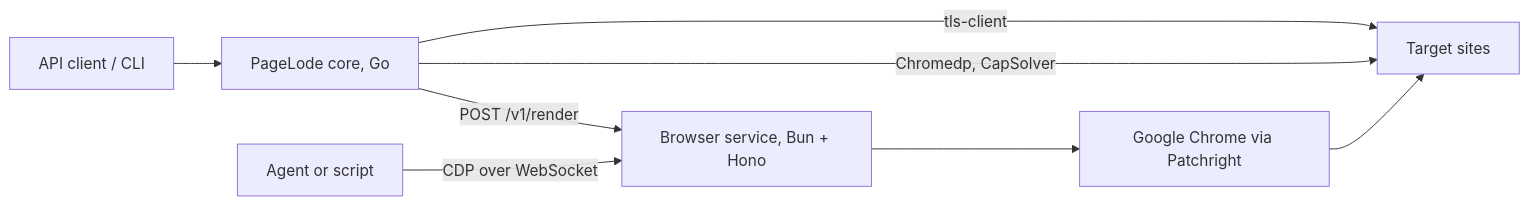
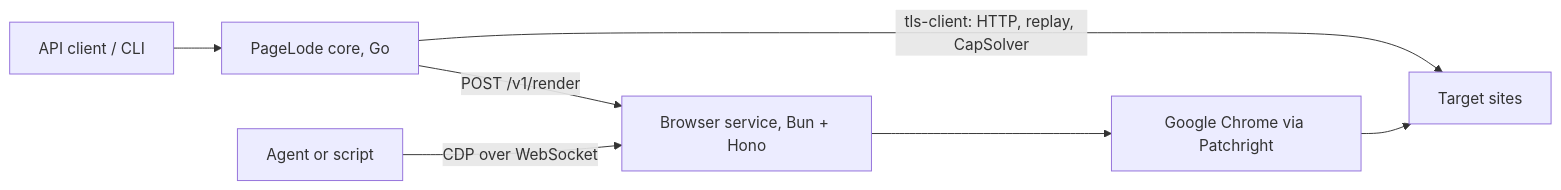
The first of 3 diagrams in docs/browser-service.md (simonbalfe/pagelode), drawn with Mermaid before and after one commit. The commit also changed other lines of this file and 12 other files, not shown here.

````diff
--- a/docs/browser-service.md
+++ b/docs/browser-service.md
@@ -7,10 +7,9 @@
 ```mermaid
 flowchart LR
     Caller[API client / CLI] --> Core[PageLode core, Go]
     Agent[Agent or script] -->|CDP over WebSocket| Service
-    Core -->|tls-client| Web[Target sites]
-    Core -->|Chromedp, CapSolver| Web
+    Core -->|tls-client: HTTP, replay, CapSolver| Web[Target sites]
     Core -->|"POST /v1/render"| Service[Browser service, Bun + Hono]
     Service --> Chrome[Google Chrome via Patchright]
     Chrome --> Web
 ```
````
